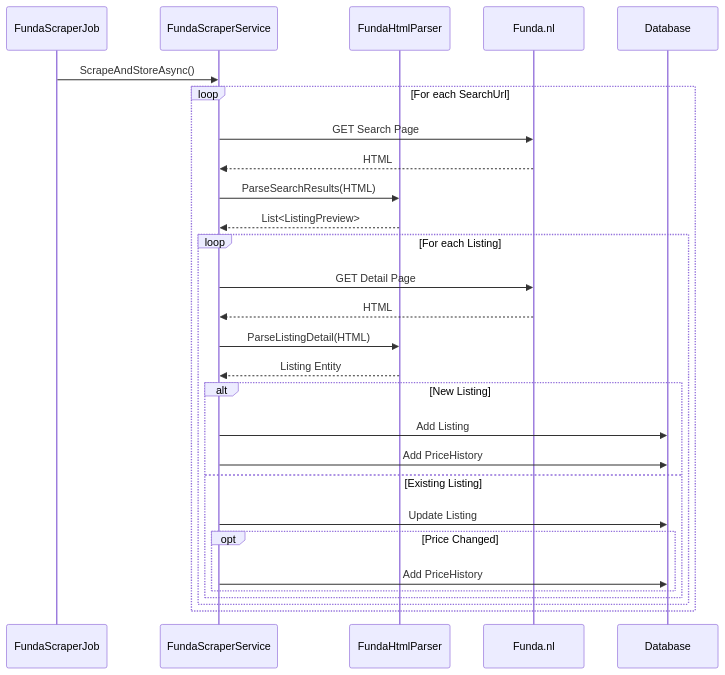
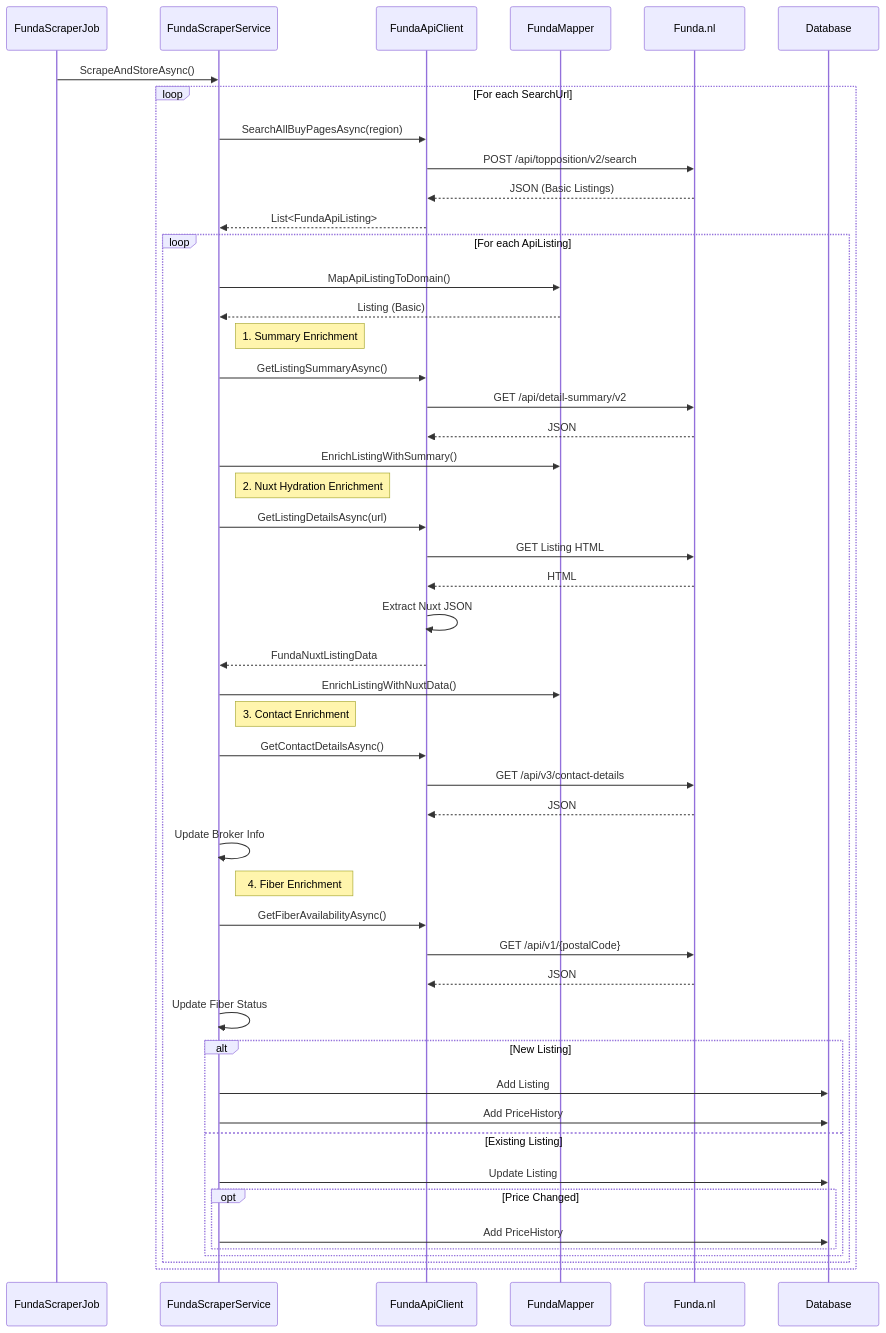
Before and after one commit to YKDBontekoe/valora: the second of 2 diagrams in docs/developer-guide.md, drawn with Mermaid. The commit also changed other lines of this file and 6 other files, not shown here.

First line of the commit message:
docs: improve architecture, setup, and inline documentation

````diff
--- a/docs/developer-guide.md
+++ b/docs/developer-guide.md
@@ -89,33 +98,59 @@
 ```mermaid
 sequenceDiagram
     participant Job as FundaScraperJob
     participant Service as FundaScraperService
-    participant Parser as FundaHtmlParser
+    participant Client as FundaApiClient
+    participant Mapper as FundaMapper
     participant Funda as Funda.nl
     participant DB as Database
 
     Job->>Service: ScrapeAndStoreAsync()
+
     loop For each SearchUrl
-        Service->>Funda: GET Search Page
-        Funda-->>Service: HTML
-        Service->>Parser: ParseSearchResults(HTML)
-        Parser-->>Service: List<ListingPreview>
+        Service->>Client: SearchAllBuyPagesAsync(region)
+        Client->>Funda: POST /api/topposition/v2/search
+        Funda-->>Client: JSON (Basic Listings)
+        Client-->>Service: List<FundaApiListing>
 
-        loop For each Listing
-            Service->>Funda: GET Detail Page
-            Funda-->>Service: HTML
-            Service->>Parser: ParseListingDetail(HTML)
-            Parser-->>Service: Listing Entity
+        loop For each ApiListing
+            Service->>Mapper: MapApiListingToDomain()
+            Mapper-->>Service: Listing (Basic)
+
+            note right of Service: 1. Summary Enrichment
+            Service->>Client: GetListingSummaryAsync()
+            Client->>Funda: GET /api/detail-summary/v2
+            Funda-->>Client: JSON
+            Service->>Mapper: EnrichListingWithSummary()
+
+            note right of Service: 2. Nuxt Hydration Enrichment
+            Service->>Client: GetListingDetailsAsync(url)
+            Client->>Funda: GET Listing HTML
+            Funda-->>Client: HTML
+            Client->>Client: Extract Nuxt JSON
+            Client-->>Service: FundaNuxtListingData
+            Service->>Mapper: EnrichListingWithNuxtData()
+
+            note right of Service: 3. Contact Enrichment
+            Service->>Client: GetContactDetailsAsync()
+            Client->>Funda: GET /api/v3/contact-details
+            Funda-->>Client: JSON
+            Service->>Service: Update Broker Info
+
+            note right of Service: 4. Fiber Enrichment
+            Service->>Client: GetFiberAvailabilityAsync()
+            Client->>Funda: GET /api/v1/{postalCode}
+            Funda-->>Client: JSON
+            Service->>Service: Update Fiber Status
 
             alt New Listing
                 Service->>DB: Add Listing
                 Service->>DB: Add PriceHistory
             else Existing Listing
                 Service->>DB: Update Listing
                 opt Price Changed
                     Service->>DB: Add PriceHistory
                 end
             end
         end
     end
 ```
````
